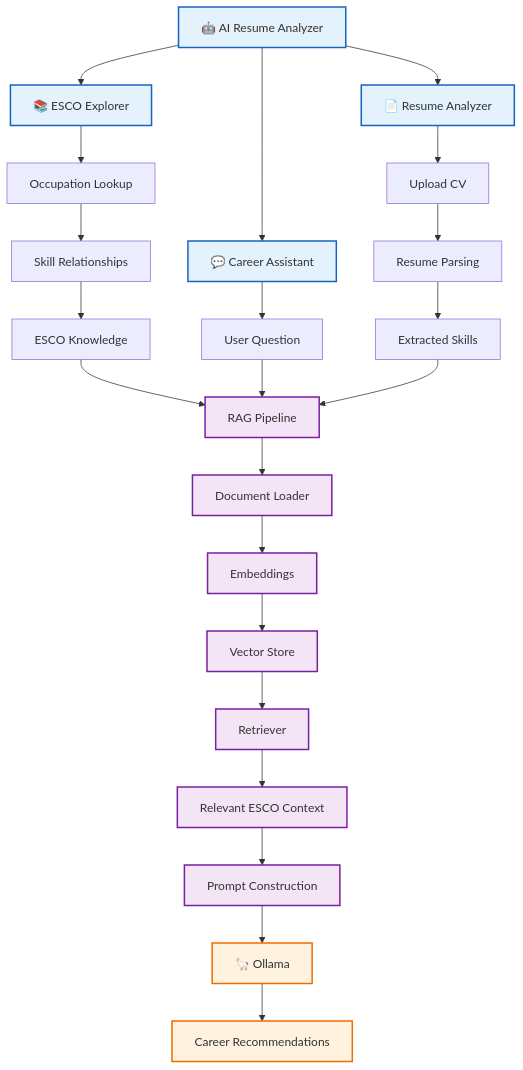
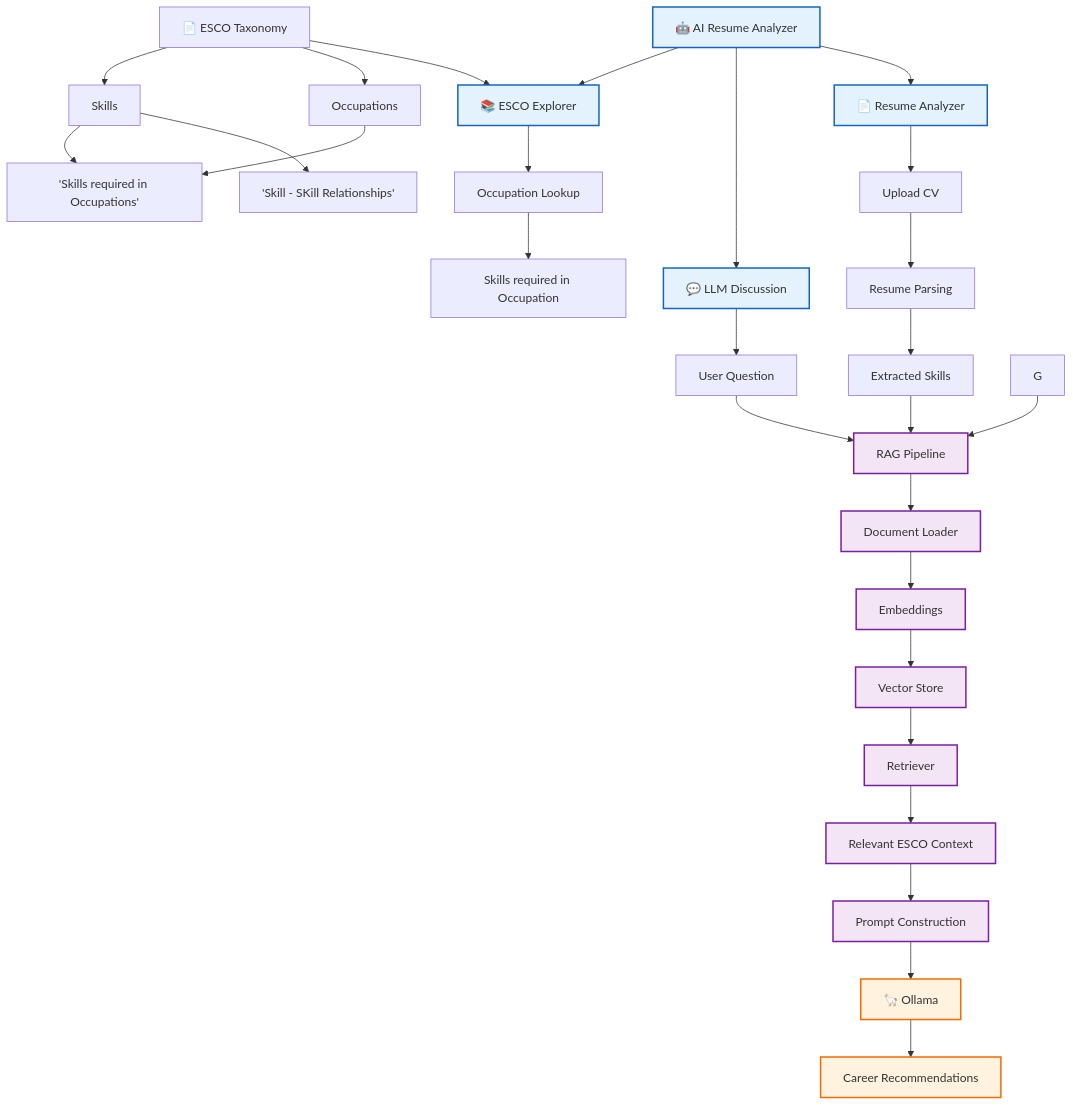
The diagram in README.md (koncharman/resume_analyzer), drawn with Mermaid before and after one commit.

````diff
--- a/README.md
+++ b/README.md
@@ -10,41 +10,47 @@
 ```mermaid
 flowchart TD
+    ES["📄 ESCO Taxonomy"]
+    ES --> ESS["Skills"]
+    ES --> ESO["Occupations"]
+    ESS --> ESSO['Skills required in Occupations']
+    ESO --> ESSO
+    ESS --> ESSS['Skill - SKill Relationships']
 
     A["🤖 AI Resume Analyzer"]
-
+    
     A --> B["📚 ESCO Explorer"]
-    A --> C["💬 Career Assistant"]
+    A --> C["💬 LLM Discussion"]
     A --> D["📄 Resume Analyzer"]
 
+    ES --> B
     B --> E["Occupation Lookup"]
-    E --> F["Skill Relationships"]
-    F --> G["ESCO Knowledge"]
+    E --> F["Skills required in Occupation"]
 
     C --> H["User Question"]
 
     D --> I["Upload CV"]
     I --> J["Resume Parsing"]
     J --> K["Extracted Skills"]
 
     G --> L["RAG Pipeline"]
     H --> L
     K --> L
 
     L --> M["Document Loader"]
     M --> N["Embeddings"]
     N --> O["Vector Store"]
     O --> P["Retriever"]
 
     P --> Q["Relevant ESCO Context"]
     Q --> R["Prompt Construction"]
     R --> S["🦙 Ollama"]
     S --> T["Career Recommendations"]
 
     classDef app fill:#e3f2fd,stroke:#1565c0,stroke-width:2px;
     classDef rag fill:#f3e5f5,stroke:#7b1fa2,stroke-width:2px;
     classDef llm fill:#fff3e0,stroke:#ef6c00,stroke-width:2px;
 
     class A,B,C,D app;
     class L,M,N,O,P,Q,R rag;
     class S,T llm;
 ```
````
